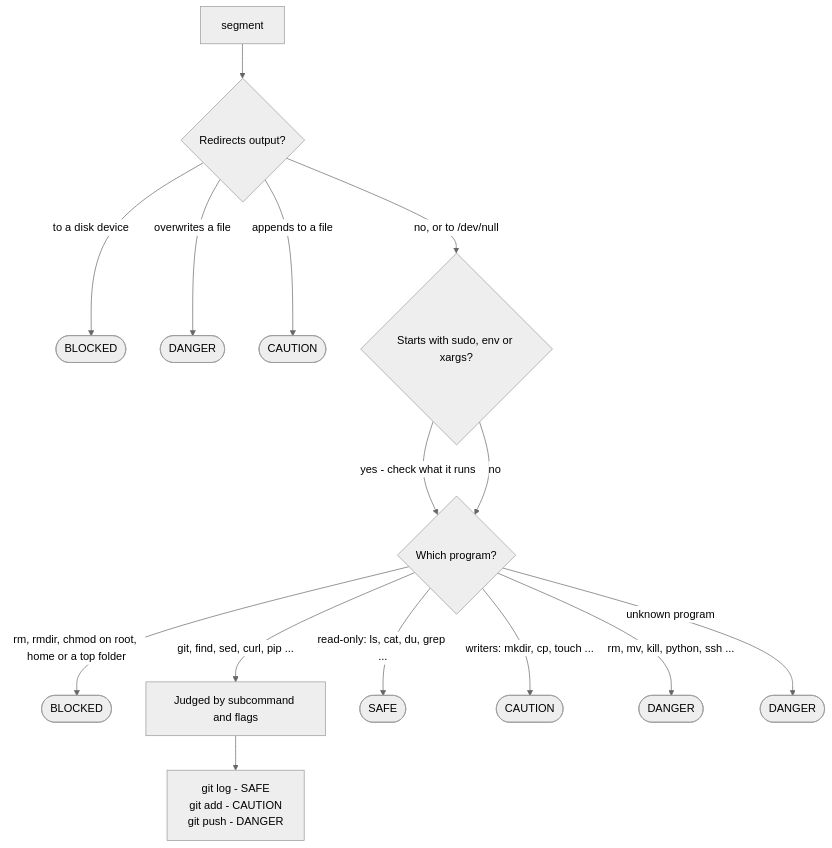
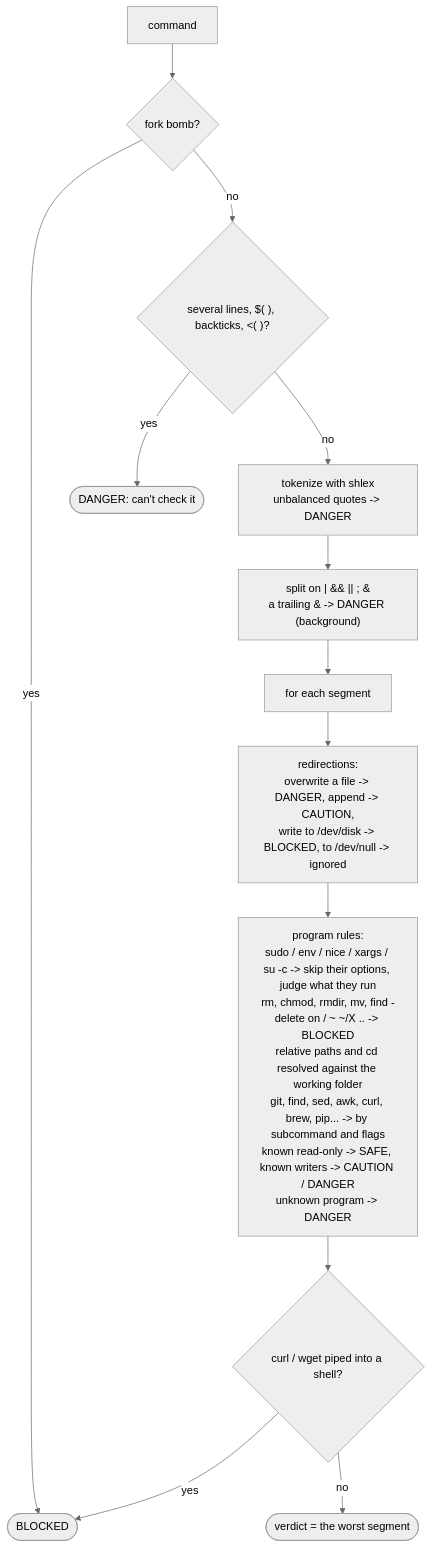
Before and after one commit to prameshbhattarai/shellmate: the sixth of 6 diagrams in docs/how-it-works.md, drawn with Mermaid (neutral theme). The commit also changed other lines of this file and 10 other files, not shown here.

````diff
--- a/docs/how-it-works.md
+++ b/docs/how-it-works.md
@@ -239,17 +218,15 @@
 ```mermaid
 flowchart TD
-    SEG["segment"] --> R{"Redirects output?"}
-    R -->|"to a disk device"| B1(["BLOCKED"])
-    R -->|"overwrites a file"| D1(["DANGER"])
-    R -->|"appends to a file"| C1(["CAUTION"])
-    R -->|"no, or to /dev/null"| W{"Starts with sudo, env or xargs?"}
-    W -->|"yes - check what it runs"| P
-    W -->|no| P{"Which program?"}
-    P -->|"rm, rmdir, chmod on root, home or a top folder"| B2(["BLOCKED"])
-    P -->|"git, find, sed, curl, pip ..."| SUB["Judged by subcommand and flags"]
-    P -->|"read-only: ls, cat, du, grep ..."| S1(["SAFE"])
-    P -->|"writers: mkdir, cp, touch ..."| C2(["CAUTION"])
-    P -->|"rm, mv, kill, python, ssh ..."| D2(["DANGER"])
-    P -->|"unknown program"| D3(["DANGER"])
-    SUB --> EX["git log - SAFE<br/>git add - CAUTION<br/>git push - DANGER"]
+    C[command] --> F{"fork bomb?"}
+    F -->|yes| BL([BLOCKED])
+    F -->|no| S{"several lines, $( ), backticks, <( )?"}
+    S -->|yes| DG([DANGER: can't check it])
+    S -->|no| T["tokenize with shlex<br/>unbalanced quotes -> DANGER"]
+    T --> SP["split on | && || ; &<br/>a trailing & -> DANGER (background)"]
+    SP --> SEG["for each segment"]
+    SEG --> RD["redirections:<br/>overwrite a file -> DANGER, append -> CAUTION,<br/>write to /dev/disk -> BLOCKED, to /dev/null -> ignored"]
+    RD --> PR["program rules:<br/>sudo / env / nice / xargs / su -c -> skip their options, judge what they run<br/>rm, chmod, rmdir, mv, find -delete on / ~ ~/X .. -> BLOCKED<br/>relative paths and cd resolved against the working folder<br/>git, find, sed, awk, curl, brew, pip... -> by subcommand and flags<br/>known read-only -> SAFE, known writers -> CAUTION / DANGER<br/>unknown program -> DANGER"]
+    PR --> PIPE{"curl / wget piped into a shell?"}
+    PIPE -->|yes| BL
+    PIPE -->|no| W(["verdict = the worst segment"])
 ```
````
